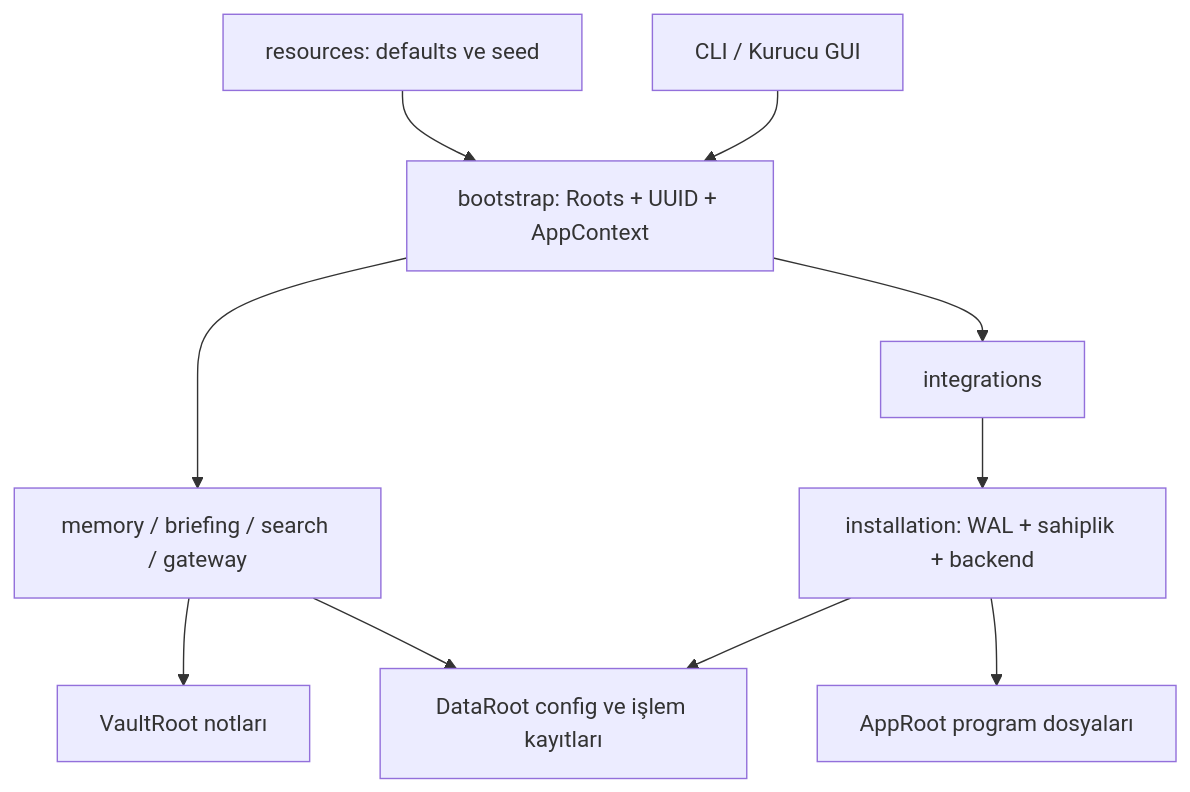
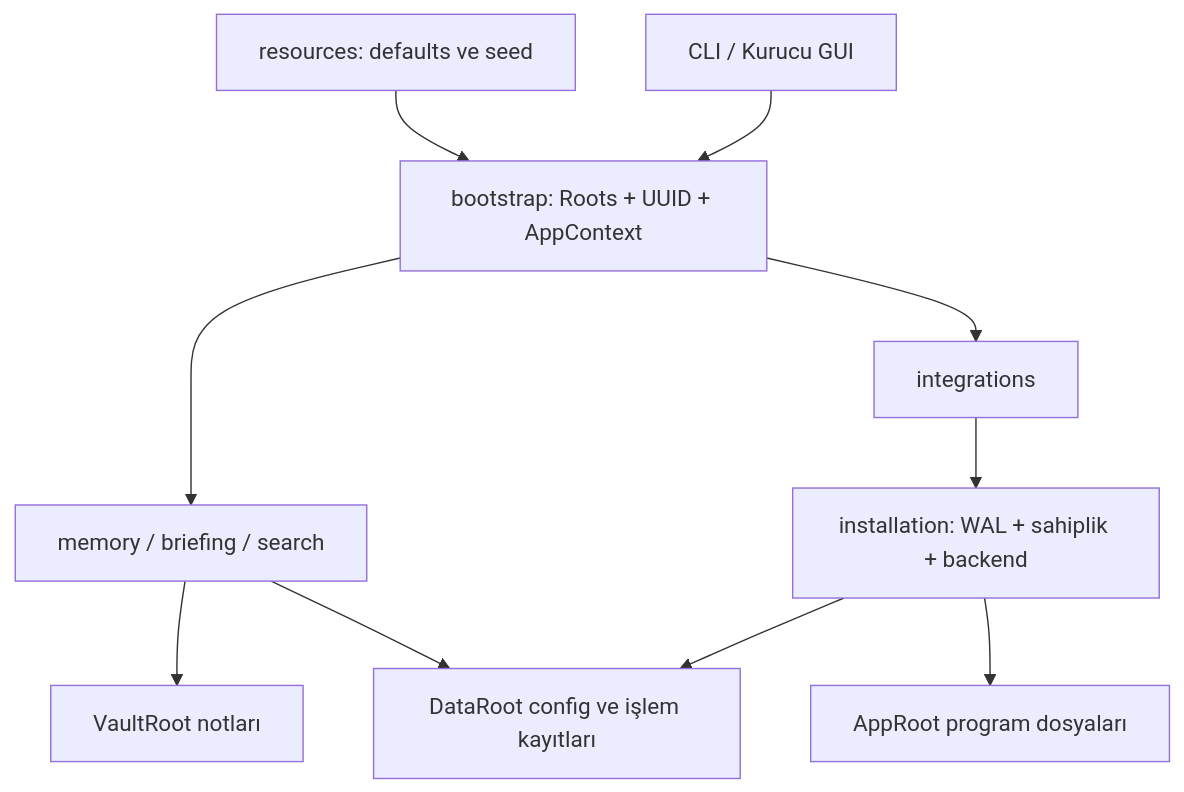
One commit to respected0/respected-brain changed the diagram in docs/ARCHITECTURE.md. Above: the diagram before and after it, drawn with Mermaid. The commit also changed other lines of this file and 86 other files, not shown here.

````diff
--- a/docs/ARCHITECTURE.md
+++ b/docs/ARCHITECTURE.md
@@ -41,12 +39,12 @@
 ```mermaid
 flowchart TD
     CLI[CLI / Kurucu GUI] --> BOOT[bootstrap: Roots + UUID + AppContext]
-    BOOT --> FEAT[memory / briefing / search / gateway]
+    BOOT --> FEAT[memory / briefing / search]
     BOOT --> INT[integrations]
     INT --> TX[installation: WAL + sahiplik + backend]
     TX --> APP[AppRoot program dosyaları]
     TX --> DATA[DataRoot config ve işlem kayıtları]
     FEAT --> DATA
     FEAT --> VAULT[VaultRoot notları]
     RES[resources: defaults ve seed] --> BOOT
 ```
````
